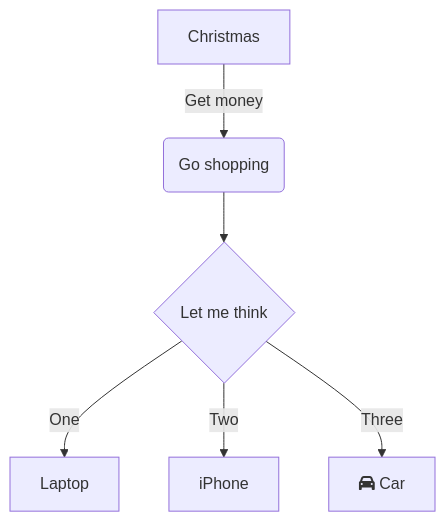
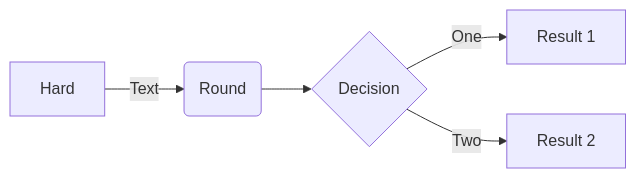
One commit to scherersebastian/github-pages-jekyll-template changed the diagram in docs/ui-components/diagrams.md. Above: the diagram before and after it, drawn with Mermaid. The commit also changed other lines of this file and 4 other files, not shown here.

Commit message:
Removed old mermaid tests

````diff
--- a/docs/ui-components/diagrams.md
+++ b/docs/ui-components/diagrams.md
@@ -53,8 +34,7 @@
-<div class="mermaid">
-graph TD;
-    A[Christmas] -->|Get money| B(Go shopping);
-    B --> C{Let me think};
-    C -->|One| D[Laptop];
-    C -->|Two| E[iPhone];
-    C -->|Three| F[fa:fa-car Car];
-</div>
+```mermaid
+flowchart LR
+A[Hard] -->|Text| B(Round)
+B --> C{Decision}
+C -->|One| D[Result 1]
+C -->|Two| E[Result 2]
+```
````
